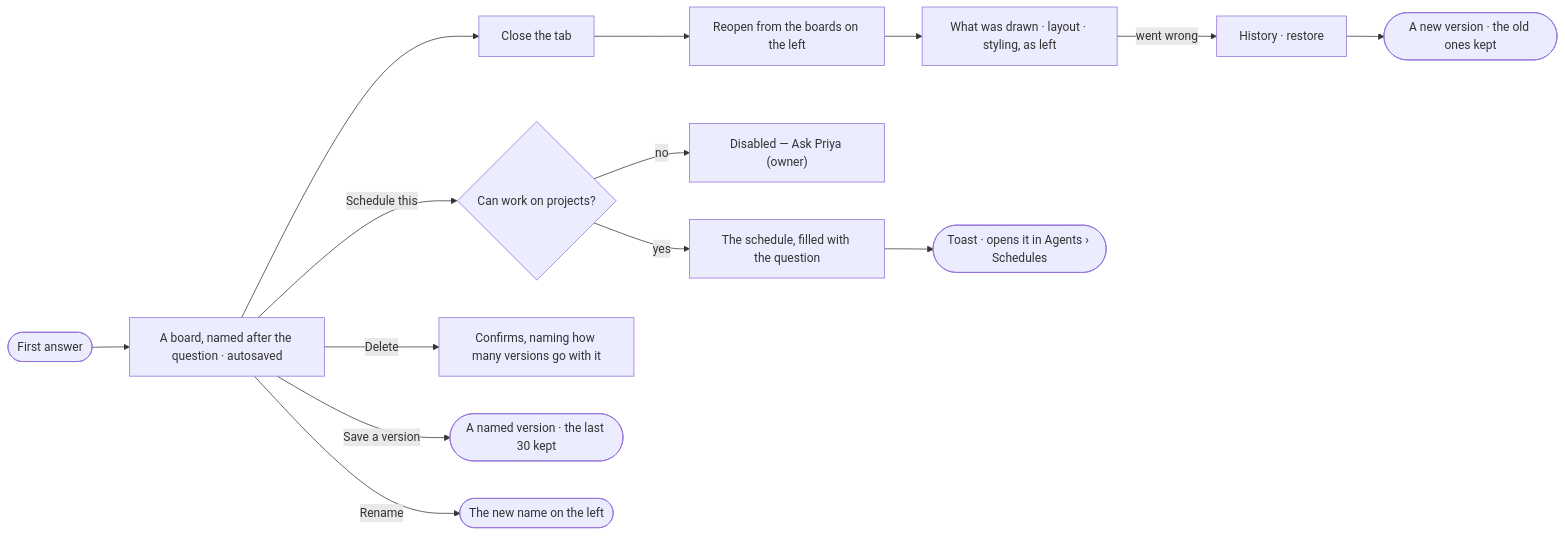
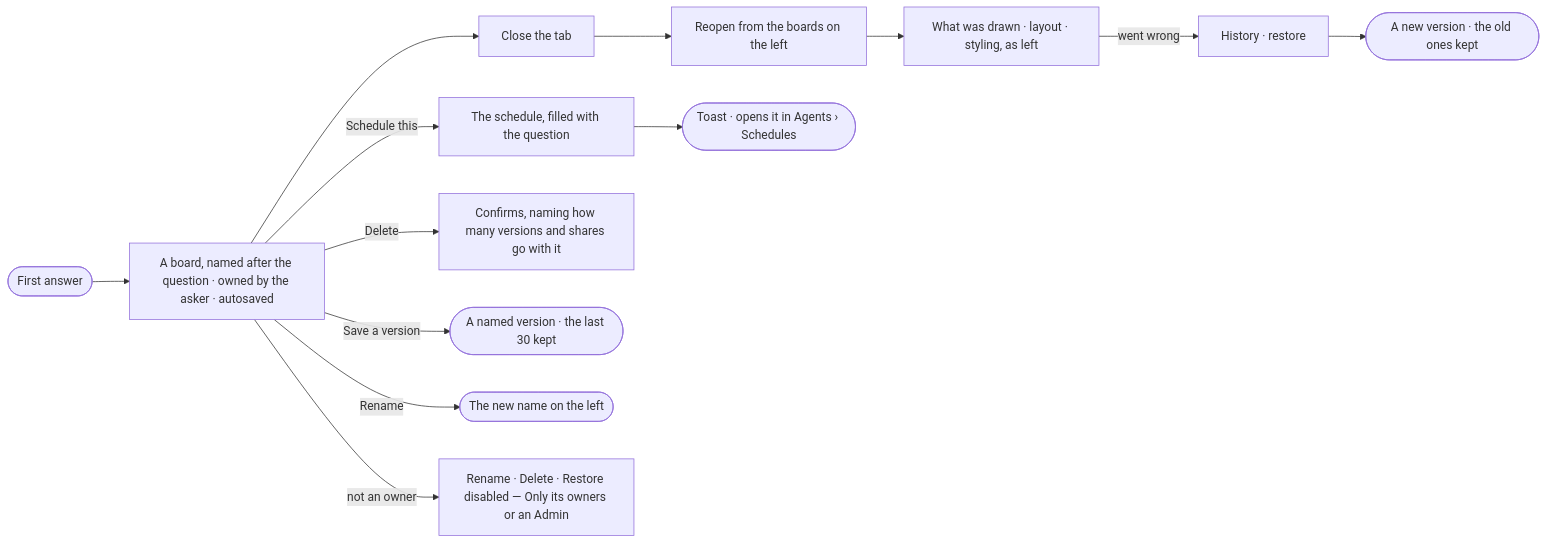
One commit to invana/invana changed the diagram in specs/capabilities/explore/features/EX-F01-the-board-and-its-canvas/stories/EX-07-keep-a-board/story.md. Above: the diagram before and after it, drawn with Mermaid. The commit also changed other lines of this file and 522 other files, not shown here.

````diff
--- a/specs/capabilities/explore/features/EX-F01-the-board-and-its-canvas/stories/EX-07-keep-a-board/story.md
+++ b/specs/capabilities/explore/features/EX-F01-the-board-and-its-canvas/stories/EX-07-keep-a-board/story.md
@@ -26,13 +27,12 @@
 ```mermaid
 flowchart LR
-  a([First answer]) --> b["A board, named after the question · autosaved"]
+  a([First answer]) --> b["A board, named after the question · owned by the asker · autosaved"]
   b --> c["Close the tab"] --> o["Reopen from the boards on the left"]
   o --> r["What was drawn · layout · styling, as left"]
   r -->|went wrong| h["History · restore"] --> v(["A new version · the old ones kept"])
-  b -->|Schedule this| s{Can work on projects?}
-  s -->|no| n["Disabled — Ask Priya (owner)"]
-  s -->|yes| d["The schedule, filled with the question"] --> t(["Toast · opens it in Agents › Schedules"])
-  b -->|Delete| x["Confirms, naming how many versions go with it"]
+  b -->|Schedule this| d["The schedule, filled with the question"] --> t(["Toast · opens it in Agents › Schedules"])
+  b -->|Delete| x["Confirms, naming how many versions and shares go with it"]
   b -->|Save a version| m(["A named version · the last 30 kept"])
   b -->|Rename| rn(["The new name on the left"])
+  b -->|not an owner| no["Rename · Delete · Restore disabled — Only its owners or an Admin"]
 ```
````
